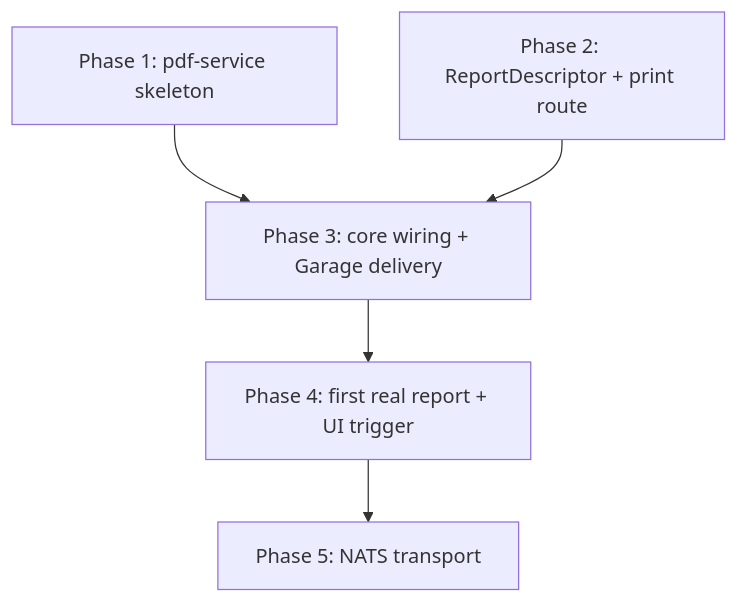
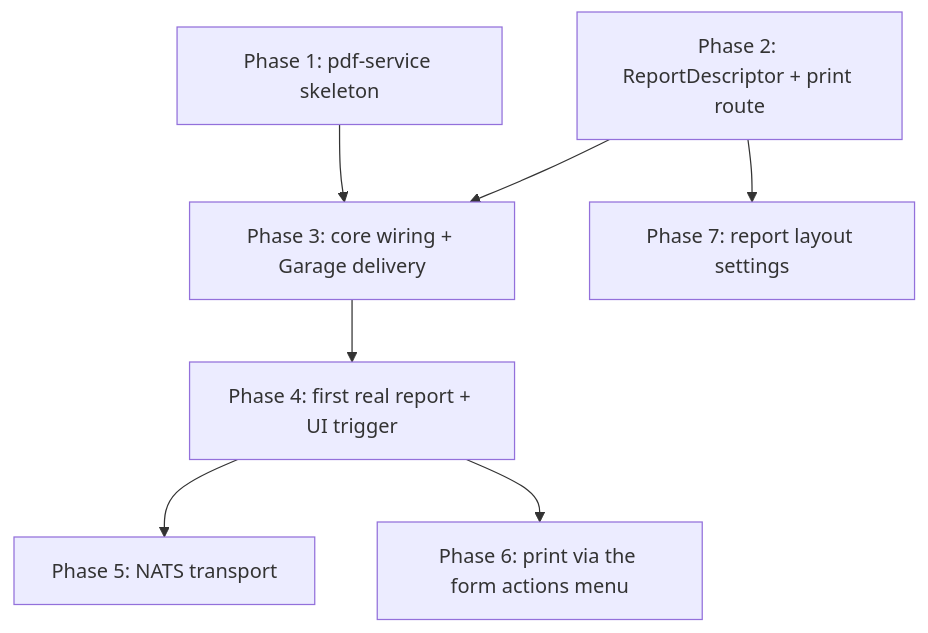
The diagram in docs/roadmaps/pdf-reports.md (noiia/EERP), drawn with Mermaid before and after one commit. The commit also changed other lines of this file and 65 other files, not shown here.

````diff
--- a/docs/roadmaps/pdf-reports.md
+++ b/docs/roadmaps/pdf-reports.md
@@ -392,7 +476,9 @@
 ```mermaid
 flowchart TD
     P1[Phase 1: pdf-service skeleton] --> P3[Phase 3: core wiring + Garage delivery]
     P2[Phase 2: ReportDescriptor + print route] --> P3
     P3 --> P4[Phase 4: first real report + UI trigger]
     P4 --> P5[Phase 5: NATS transport]
+    P4 --> P6[Phase 6: print via the form actions menu]
+    P2 --> P7[Phase 7: report layout settings]
 ```
````
